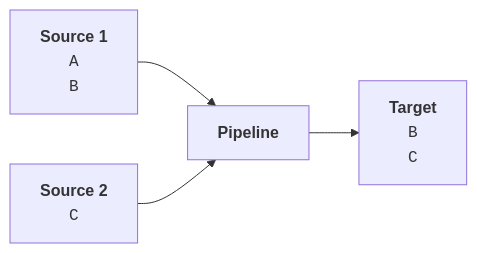
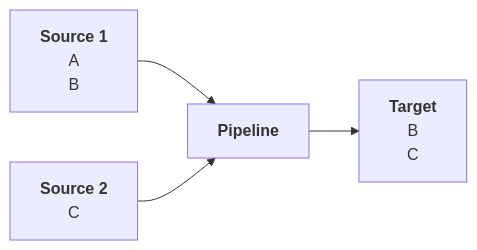
One commit to VirtualMetric/virtualmetric-docs changed the second of 5 diagrams in docs/admin/pipelines/overview.mdx. Above: the diagram before and after it, drawn with Mermaid. The commit also changed other lines of this file and 8 other files, not shown here.

````diff
--- a/docs/admin/pipelines/overview.mdx
+++ b/docs/admin/pipelines/overview.mdx
@@ -37,16 +40,19 @@
 ```mermaid
-%%{init: {"flowchart": {"htmlLabels": false}} }%%
+%%{init: {"flowchart": {"htmlLabels": false}}}%%
 flowchart LR
 	source1Box["`**Source 1**
-    <code>A</code>
-    <code>B</code>`"]
+    A
+    B
+  `"]
 	source2Box["`**Source 2**
-    <code>C</code>`"]
+    C
+  `"]
  	pipelineBox["`**Pipeline**`"]
 	targetBox["`**Target**
-    <code>B</code>
-    <code>C</code>`"]
+    B
+    C
+  `"]
 	source1Box --> pipelineBox;
 	source2Box --> pipelineBox;
   pipelineBox --> targetBox
 ```
````
